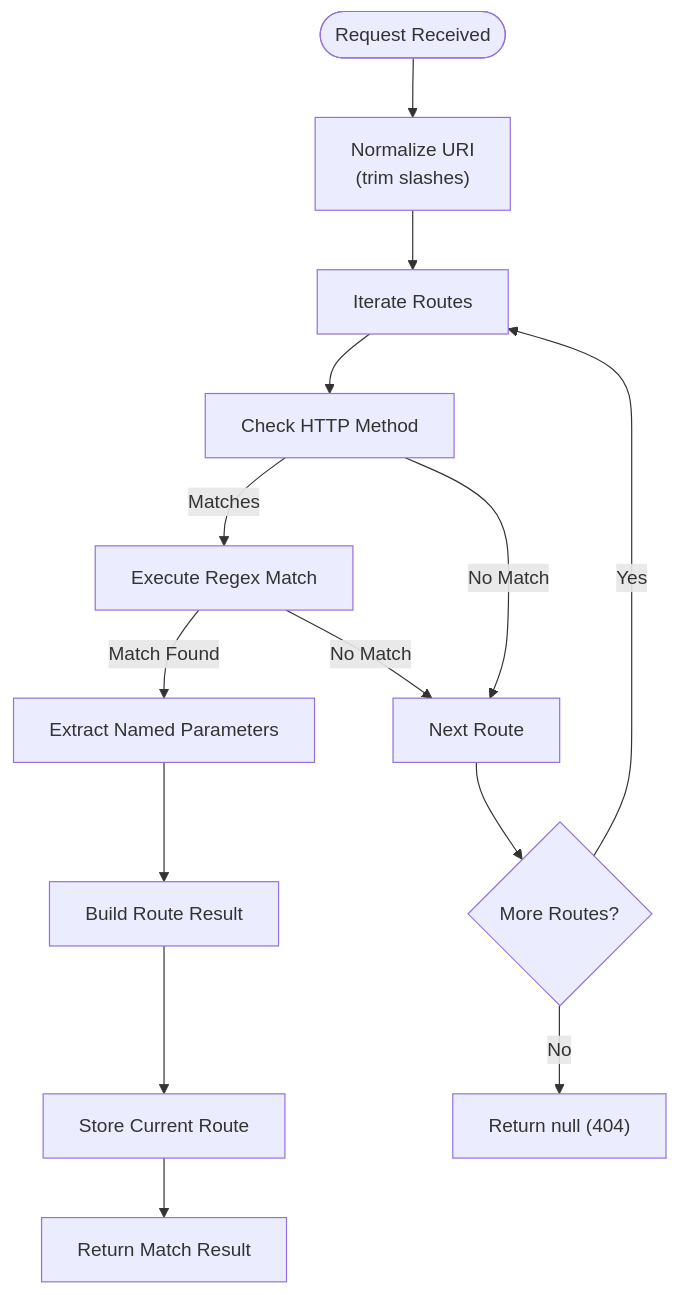
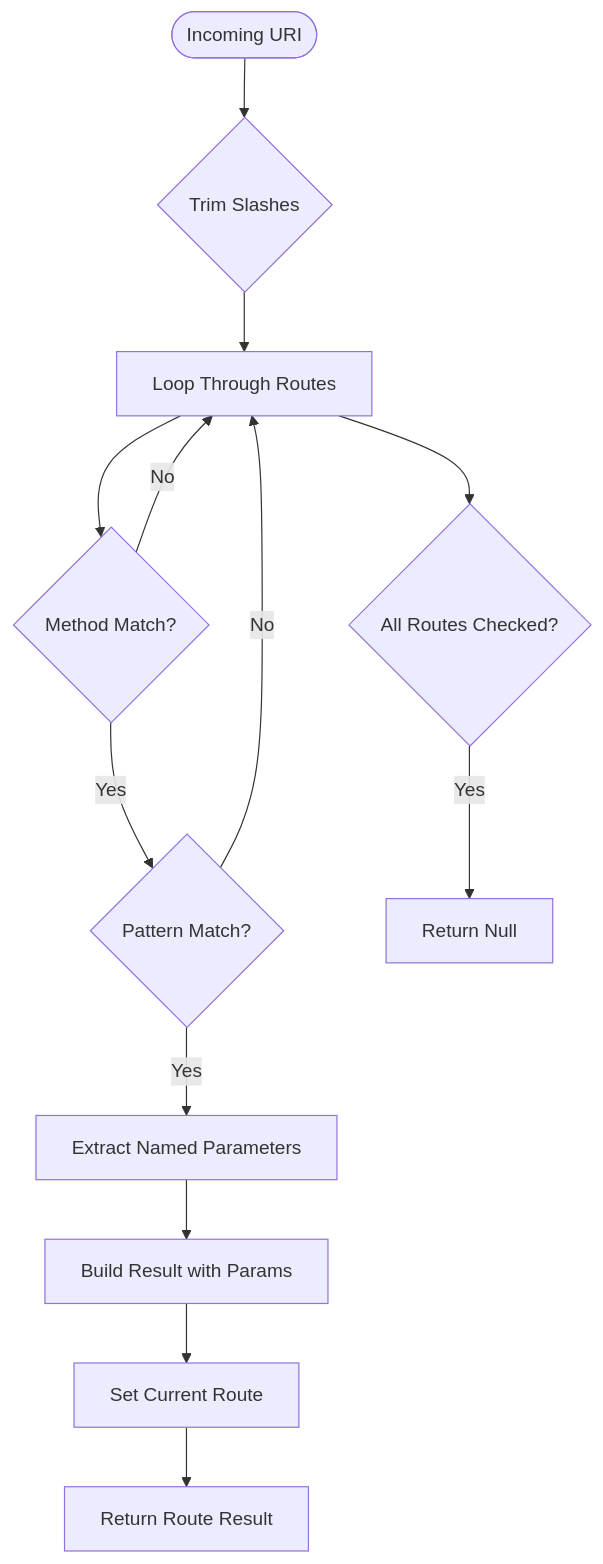
Before and after one commit to andrfilipenk/new: the fifth of 7 diagrams in .qoder/repowiki/en/content/Routing.md, drawn with Mermaid. The commit also changed other lines of this file and 41 other files, not shown here.

````diff
--- a/.qoder/repowiki/en/content/Routing.md
+++ b/.qoder/repowiki/en/content/Routing.md
@@ -84,16 +146,15 @@
 ```mermaid
 flowchart TD
-Start([Request Received]) --> Normalize["Normalize URI<br/>(trim slashes)"]
-Normalize --> Loop["Iterate Routes"]
-Loop --> CheckMethod["Check HTTP Method"]
-CheckMethod --> |Matches| TryRegex["Execute Regex Match"]
-CheckMethod --> |No Match| NextRoute["Next Route"]
-TryRegex --> |Match Found| ExtractParams["Extract Named Parameters"]
-ExtractParams --> BuildResult["Build Route Result"]
-BuildResult --> StoreCurrent["Store Current Route"]
-StoreCurrent --> ReturnResult["Return Match Result"]
-TryRegex --> |No Match| NextRoute
-NextRoute --> MoreRoutes{"More Routes?"}
-MoreRoutes --> |Yes| Loop
-MoreRoutes --> |No| ReturnNull["Return null (404)"]
+A([Incoming URI]) --> B{Trim Slashes}
+B --> C[Loop Through Routes]
+C --> D{Method Match?}
+D --> |No| C
+D --> |Yes| E{Pattern Match?}
+E --> |No| C
+E --> |Yes| F[Extract Named Parameters]
+F --> G[Build Result with Params]
+G --> H[Set Current Route]
+H --> I[Return Route Result]
+C --> J{All Routes Checked?}
+J --> |Yes| K[Return Null]
 ```
````
